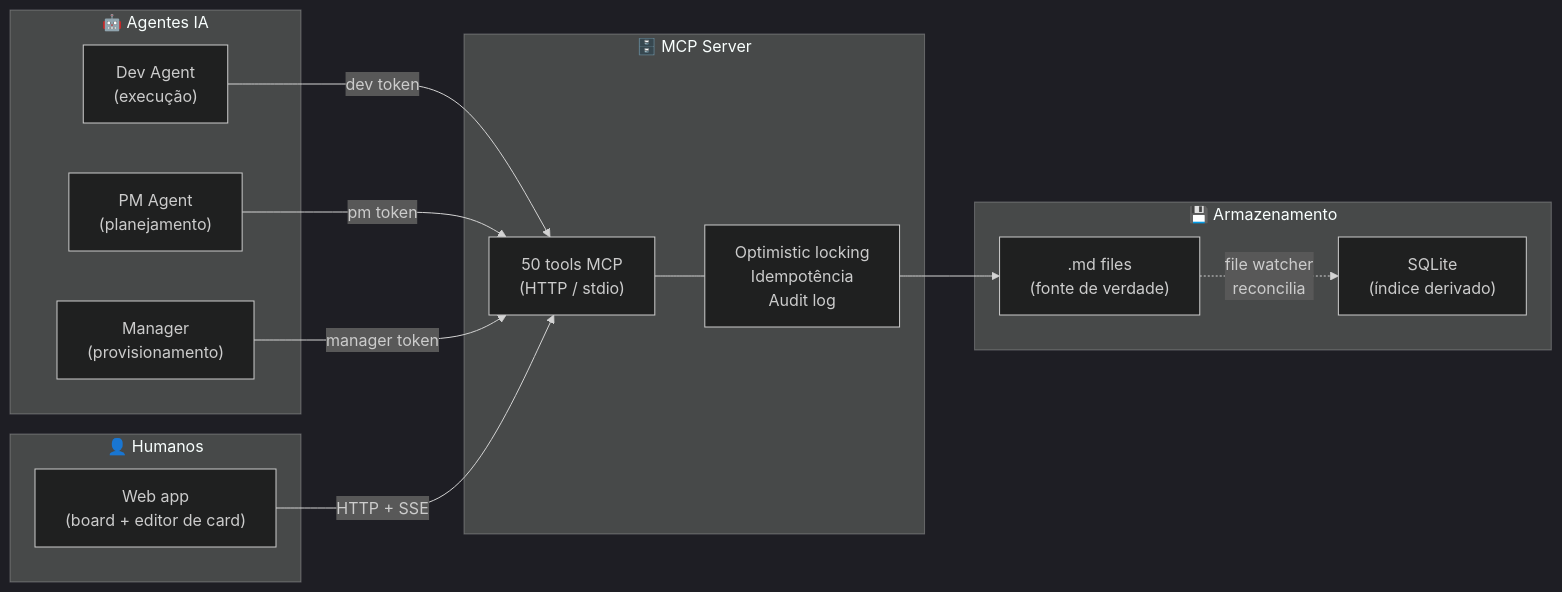
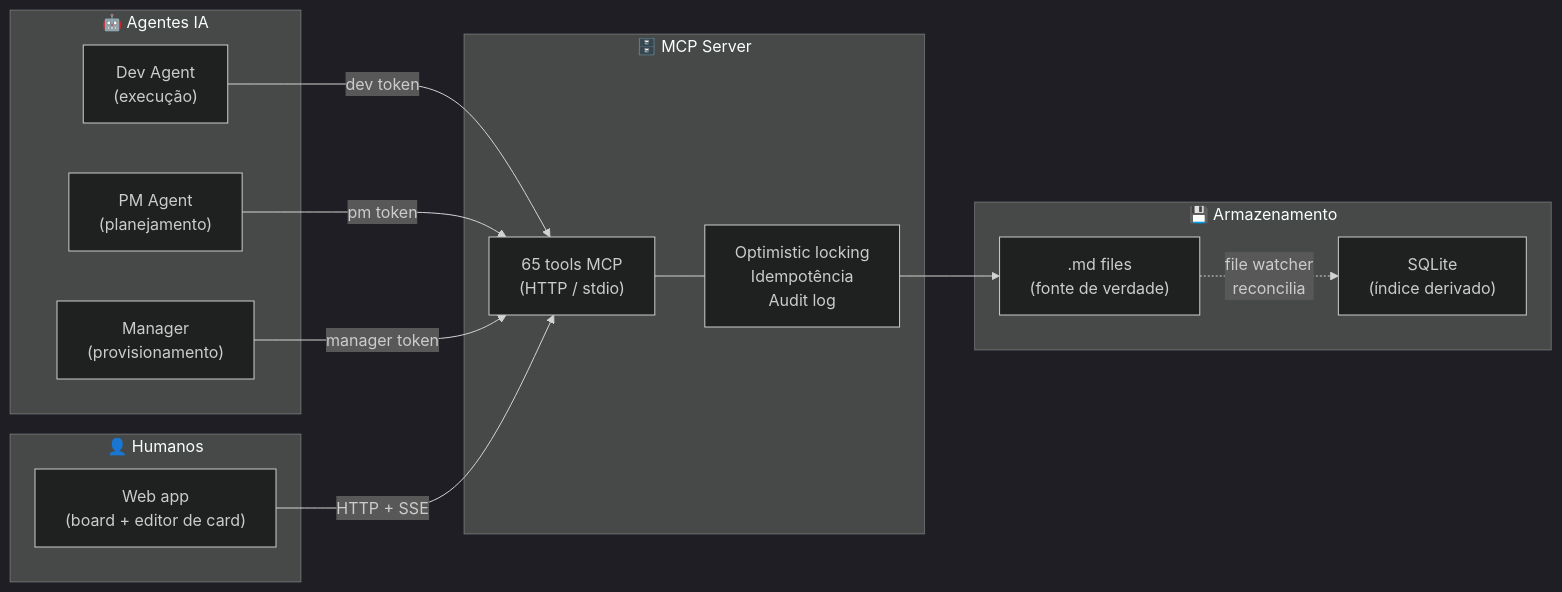
The diagram in README.md (kauelopes/obsidianban), drawn with Mermaid (dark theme) before and after one commit. The commit also changed other lines of this file and 18 other files, not shown here.

````diff
--- a/README.md
+++ b/README.md
@@ -13,30 +13,30 @@
 ```mermaid
 flowchart LR
     subgraph Agents["🤖 Agentes IA"]
         DEV["Dev Agent\n(execução)"]
         PM["PM Agent\n(planejamento)"]
         MGR["Manager\n(provisionamento)"]
     end
 
     subgraph Humans["👤 Humanos"]
         WEB["Web app\n(board + editor de card)"]
     end
 
     subgraph Server["🗄️ MCP Server"]
-        MCP["50 tools MCP\n(HTTP / stdio)"]
+        MCP["65 tools MCP\n(HTTP / stdio)"]
         LOCK["Optimistic locking\nIdempotência\nAudit log"]
     end
 
     subgraph Storage["💾 Armazenamento"]
         MD[".md files\n(fonte de verdade)"]
         DB["SQLite\n(índice derivado)"]
     end
 
     DEV -->|"dev token"| MCP
     PM -->|"pm token"| MCP
     MGR -->|"manager token"| MCP
     WEB -->|"HTTP + SSE"| MCP
     MCP --- LOCK
     LOCK --> MD
     MD -.->|"file watcher\nreconcilia"| DB
 ```
````
